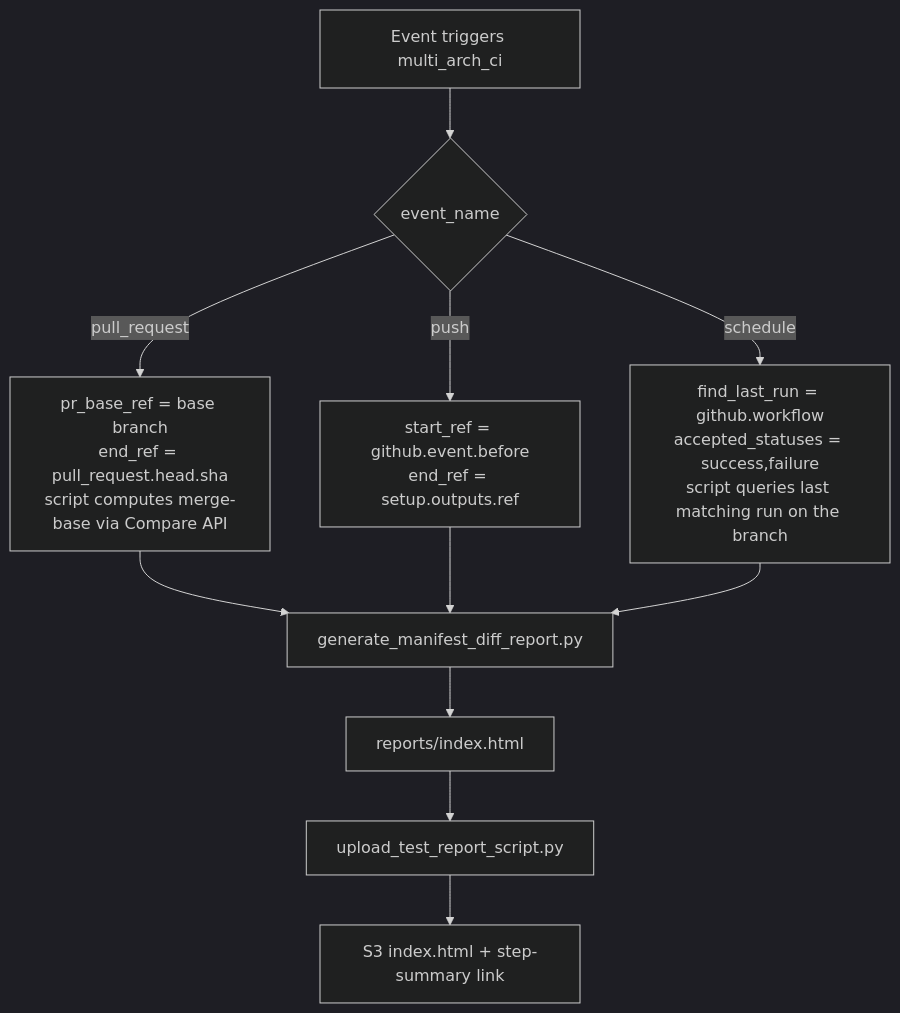
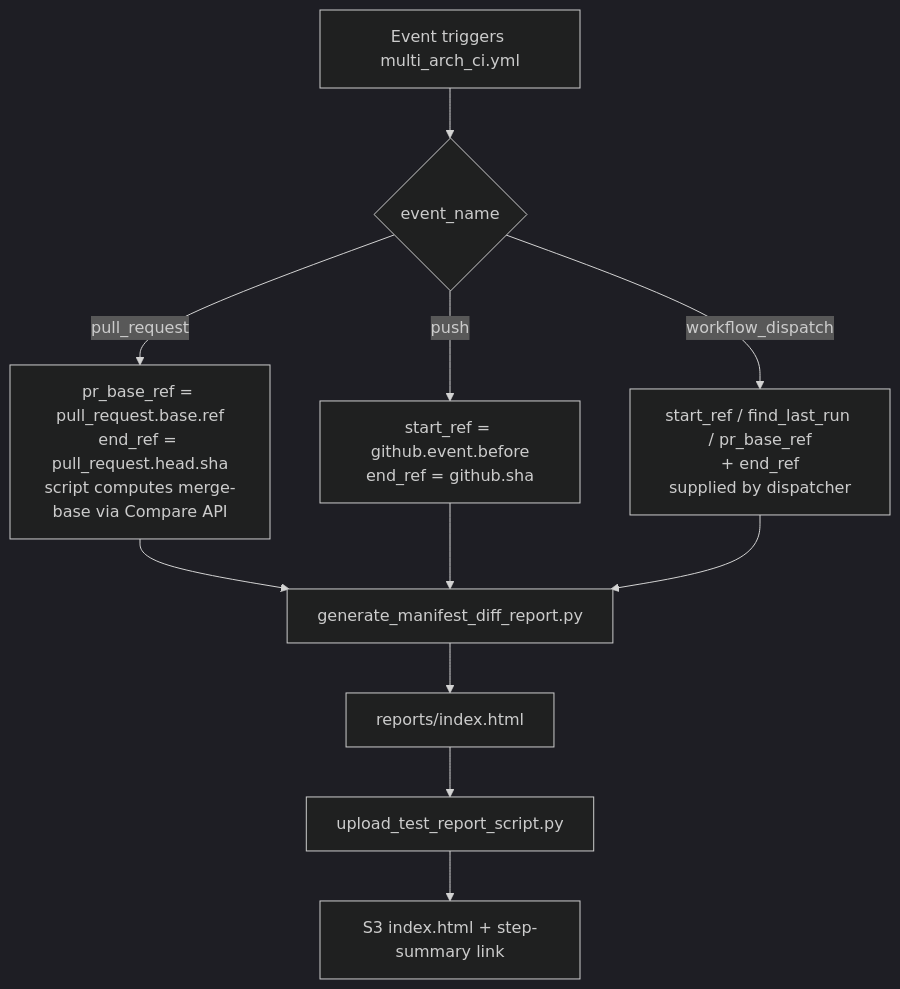
One commit to ROCm/TheRock changed the diagram in docs/development/manifest_diff.md. Above: the diagram before and after it, drawn with Mermaid (dark theme). The commit also changed other lines of this file, not shown here.

````diff
--- a/docs/development/manifest_diff.md
+++ b/docs/development/manifest_diff.md
@@ -15,13 +15,13 @@
 ```mermaid
 flowchart TD
-    A[Event triggers multi_arch_ci] --> B{event_name}
-    B -- pull_request --> P[pr_base_ref = base branch<br/>end_ref = pull_request.head.sha<br/>script computes merge-base via Compare API]
-    B -- push --> U[start_ref = github.event.before<br/>end_ref = setup.outputs.ref]
-    B -- schedule --> S[find_last_run = github.workflow<br/>accepted_statuses = success,failure<br/>script queries last matching run on the branch]
+    A[Event triggers multi_arch_ci.yml] --> B{event_name}
+    B -- pull_request --> P[pr_base_ref = pull_request.base.ref<br/>end_ref = pull_request.head.sha<br/>script computes merge-base via Compare API]
+    B -- push --> U[start_ref = github.event.before<br/>end_ref = github.sha]
+    B -- workflow_dispatch --> D[start_ref / find_last_run / pr_base_ref<br/>+ end_ref<br/>supplied by dispatcher]
     P --> G[generate_manifest_diff_report.py]
     U --> G
-    S --> G
+    D --> G
     G --> R[reports/index.html]
     R --> O[upload_test_report_script.py]
     O --> H[S3 index.html + step-summary link]
 ```
````
